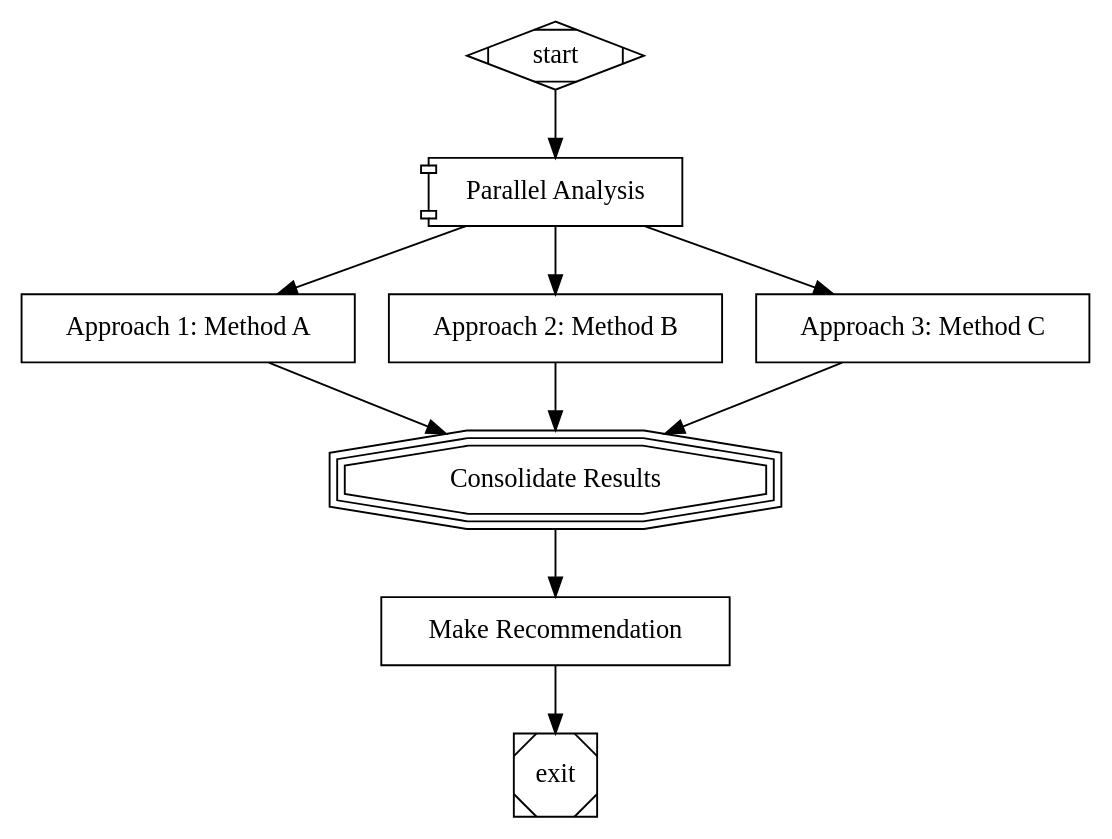
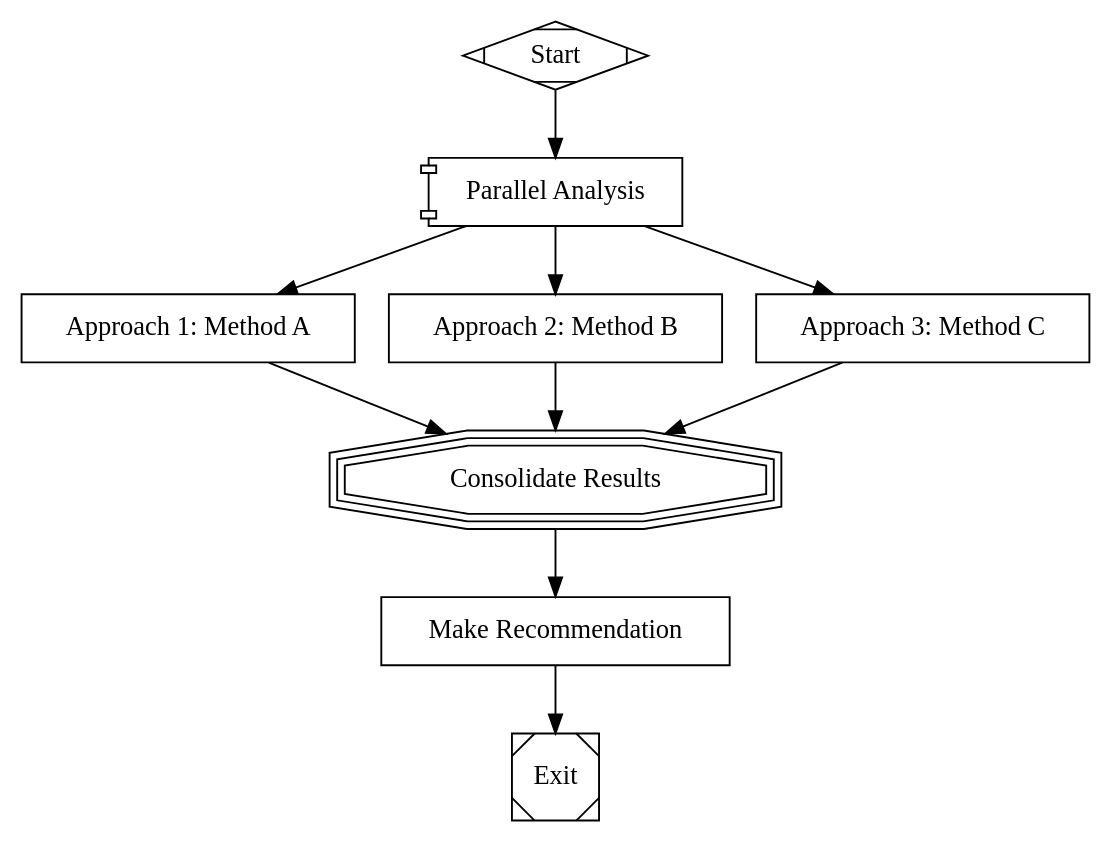
Before and after one commit to rkinder/attractor: the diagram in examples/fanin-workflow.dot, drawn with Graphviz. The commit also changed 8 other files, not shown here.

```diff
--- a/examples/fanin-workflow.dot
+++ b/examples/fanin-workflow.dot
@@ -1,52 +1,52 @@
 digraph FanInExample {
   graph [goal="Compare multiple approaches to solving a problem"]
   
-  start [shape=Mdiamond]
-  exit [shape=Msquare]
+  start [shape=Mdiamond, label="Start"]
+  exit [shape=Msquare, label="Exit"]
   
   parallel [
-    shape=component
-    label="Parallel Analysis"
+    shape=component,
+    label="Parallel Analysis",
     max_parallel=3
   ]
   
   approach1 [
-    shape=box
-    label="Approach 1: Method A"
-    prompt="Analyze using method A: $goal"
+    shape=box,
+    label="Approach 1: Method A",
+    prompt="Analyze using method A. Goal: $goal"
   ]
   
   approach2 [
-    shape=box
-    label="Approach 2: Method B"
-    prompt="Analyze using method B: $goal"
+    shape=box,
+    label="Approach 2: Method B",
+    prompt="Analyze using method B. Goal: $goal"
   ]
   
   approach3 [
-    shape=box
-    label="Approach 3: Method C"
-    prompt="Analyze using method C: $goal"
+    shape=box,
+    label="Approach 3: Method C",
+    prompt="Analyze using method C. Goal: $goal"
   ]
   
   consolidate [
-    shape=tripleoctagon
-    label="Consolidate Results"
-    prompt="Compare and synthesize the following approaches to: $goal"
+    shape=tripleoctagon,
+    label="Consolidate Results",
+    prompt="Compare and synthesize the following approaches to solve: $goal"
   ]
   
   recommend [
-    shape=box
-    label="Make Recommendation"
-    prompt="Based on the consolidated analysis, recommend the best approach"
+    shape=box,
+    label="Make Recommendation",
+    prompt="Based on the consolidated analysis, recommend the best approach."
   ]
   
   start -> parallel
   parallel -> approach1
   parallel -> approach2
   parallel -> approach3
   approach1 -> consolidate
   approach2 -> consolidate
   approach3 -> consolidate
   consolidate -> recommend
   recommend -> exit
 }
```
